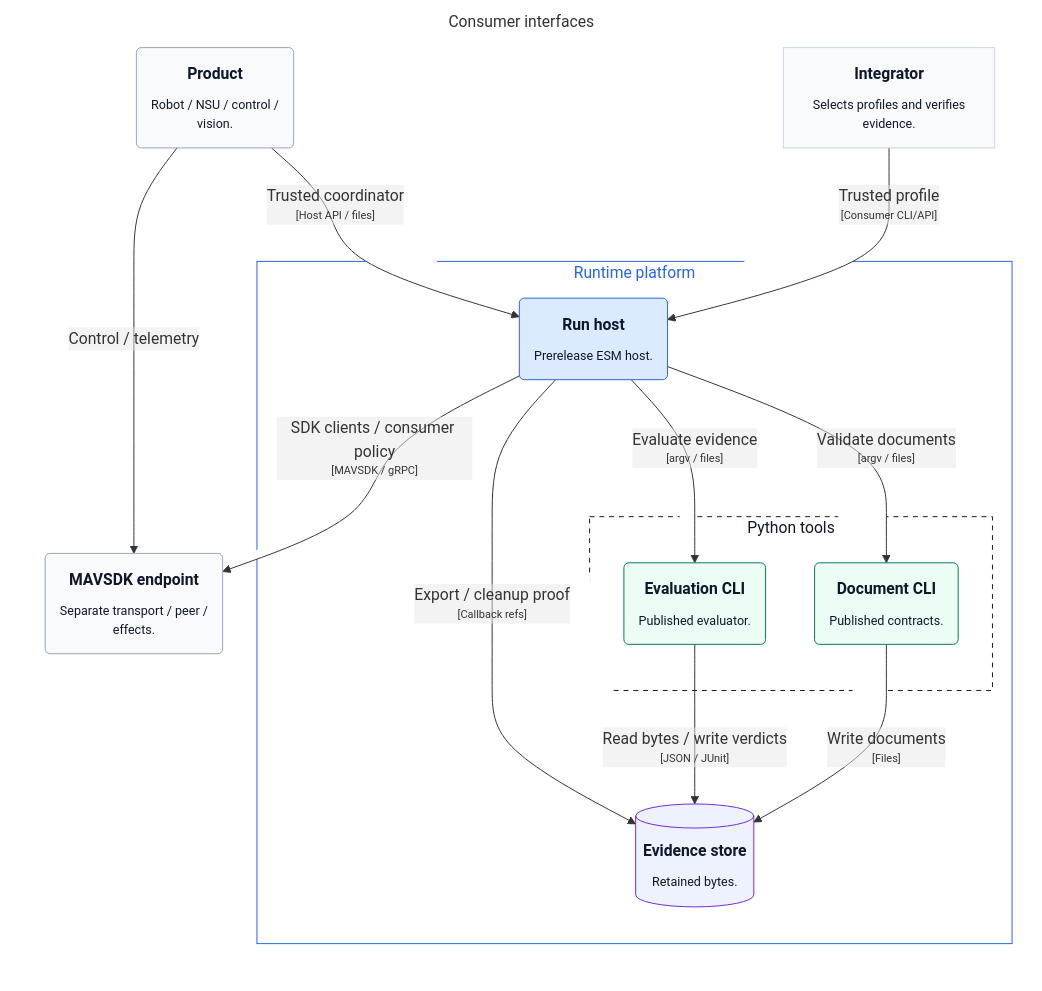
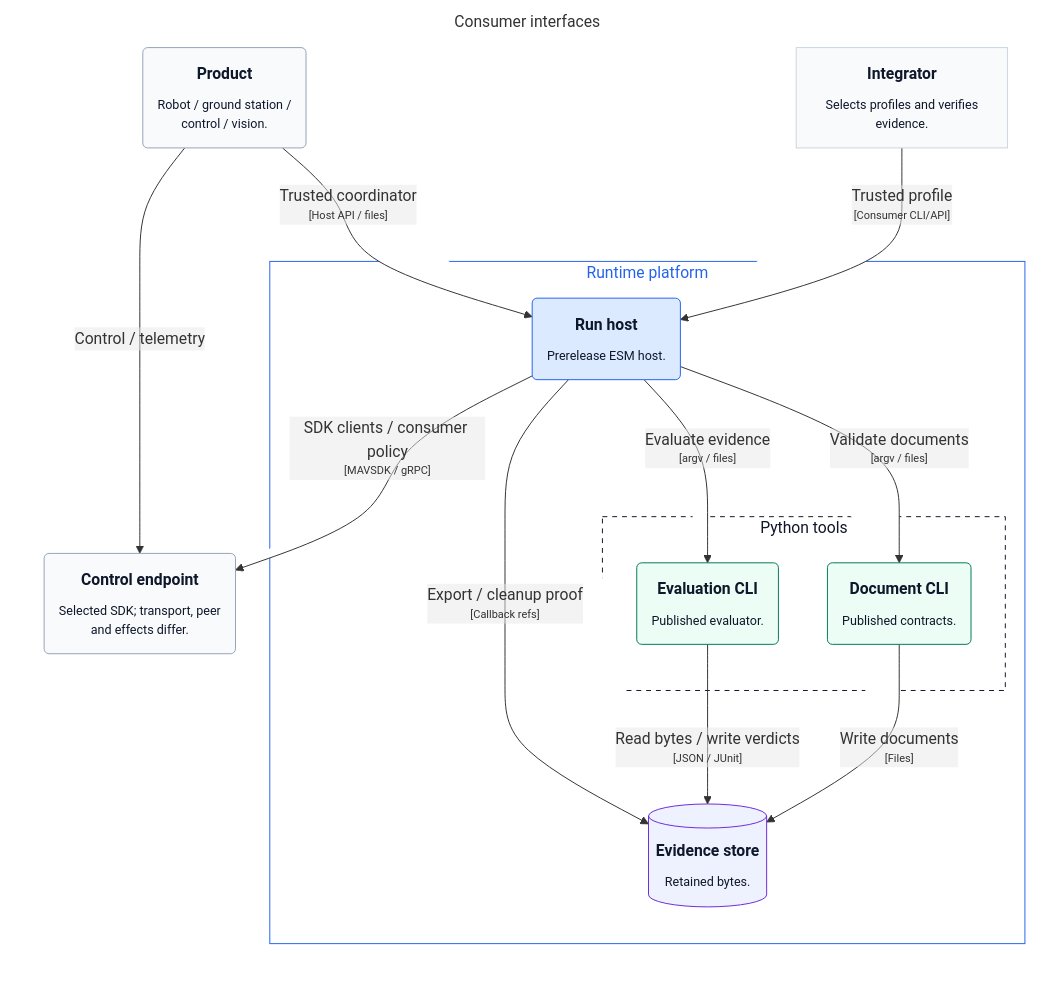
Before and after one commit to mmkolpakov/robotics-runtime: the diagram in docs/architecture/generated/structurizr-ConsumerInterfaces.mmd, drawn with Mermaid. The commit also changed 19 other files, not shown here.

Commit message:
Clarify product interfaces and streamline architecture documentation

```diff
--- a/docs/architecture/generated/structurizr-ConsumerInterfaces.mmd
+++ b/docs/architecture/generated/structurizr-ConsumerInterfaces.mmd
@@ -1,42 +1,42 @@
 graph LR
   linkStyle default fill:#ffffff
 
   subgraph diagram ["Consumer interfaces"]
     style diagram fill:#ffffff,stroke:#ffffff
 
     1["<div style='font-weight: bold'>Integrator</div><div style='font-size: 80%; margin-top:10px'>Selects profiles and verifies<br />evidence.</div>"]
     style 1 fill:#f8fafc,stroke:#cbd5e1,color:#0f172a
-    2("<div style='font-weight: bold'>Product</div><div style='font-size: 80%; margin-top:10px'>Robot / NSU / control /<br />vision.</div>")
+    2("<div style='font-weight: bold'>Product</div><div style='font-size: 80%; margin-top:10px'>Robot / ground station /<br />control / vision.</div>")
     style 2 fill:#f8fafc,stroke:#94a3b8,color:#0f172a
-    4("<div style='font-weight: bold'>MAVSDK endpoint</div><div style='font-size: 80%; margin-top:10px'>Separate transport / peer /<br />effects.</div>")
+    4("<div style='font-weight: bold'>Control endpoint</div><div style='font-size: 80%; margin-top:10px'>Selected SDK; transport, peer<br />and effects differ.</div>")
     style 4 fill:#f8fafc,stroke:#94a3b8,color:#0f172a
 
     subgraph 7 ["Runtime platform"]
       style 7 fill:#ffffff,stroke:#2563eb,color:#2563eb
 
       subgraph group1 ["Python tools"]
         style group1 fill:#ffffff,stroke:#0f172a,color:#0f172a,stroke-dasharray:5
 
         10("<div style='font-weight: bold'>Evaluation CLI</div><div style='font-size: 80%; margin-top:10px'>Published evaluator.</div>")
         style 10 fill:#ecfdf5,stroke:#047857,color:#0f172a
         9("<div style='font-weight: bold'>Document CLI</div><div style='font-size: 80%; margin-top:10px'>Published contracts.</div>")
         style 9 fill:#ecfdf5,stroke:#047857,color:#0f172a
       end
 
       13[("<div style='font-weight: bold'>Evidence store</div><div style='font-size: 80%; margin-top:10px'>Retained bytes.</div>")]
       style 13 fill:#eef2ff,stroke:#6d28d9,color:#0f172a
       8("<div style='font-weight: bold'>Run host</div><div style='font-size: 80%; margin-top:10px'>Prerelease ESM host.</div>")
       style 8 fill:#dbeafe,stroke:#2563eb,color:#0f172a
     end
 
     2-- "<div>Control / telemetry</div><div style='font-size: 70%'></div>" -->4
     1-- "<div>Trusted profile</div><div style='font-size: 70%'>[Consumer CLI/API]</div>" -->8
     2-- "<div>Trusted coordinator</div><div style='font-size: 70%'>[Host API / files]</div>" -->8
     8-- "<div>Validate documents</div><div style='font-size: 70%'>[argv / files]</div>" -->9
     8-- "<div>Evaluate evidence</div><div style='font-size: 70%'>[argv / files]</div>" -->10
     8-- "<div>SDK clients / consumer policy</div><div style='font-size: 70%'>[MAVSDK / gRPC]</div>" -->4
     9-- "<div>Write documents</div><div style='font-size: 70%'>[Files]</div>" -->13
     10-- "<div>Read bytes / write verdicts</div><div style='font-size: 70%'>[JSON / JUnit]</div>" -->13
     8-- "<div>Export / cleanup proof</div><div style='font-size: 70%'>[Callback refs]</div>" -->13
 
   end
```
